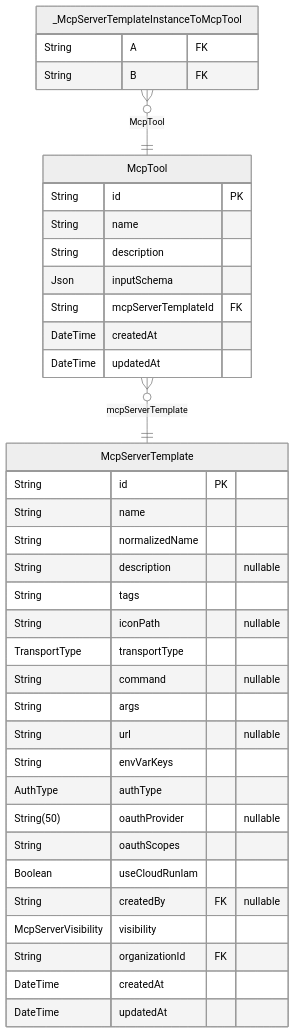
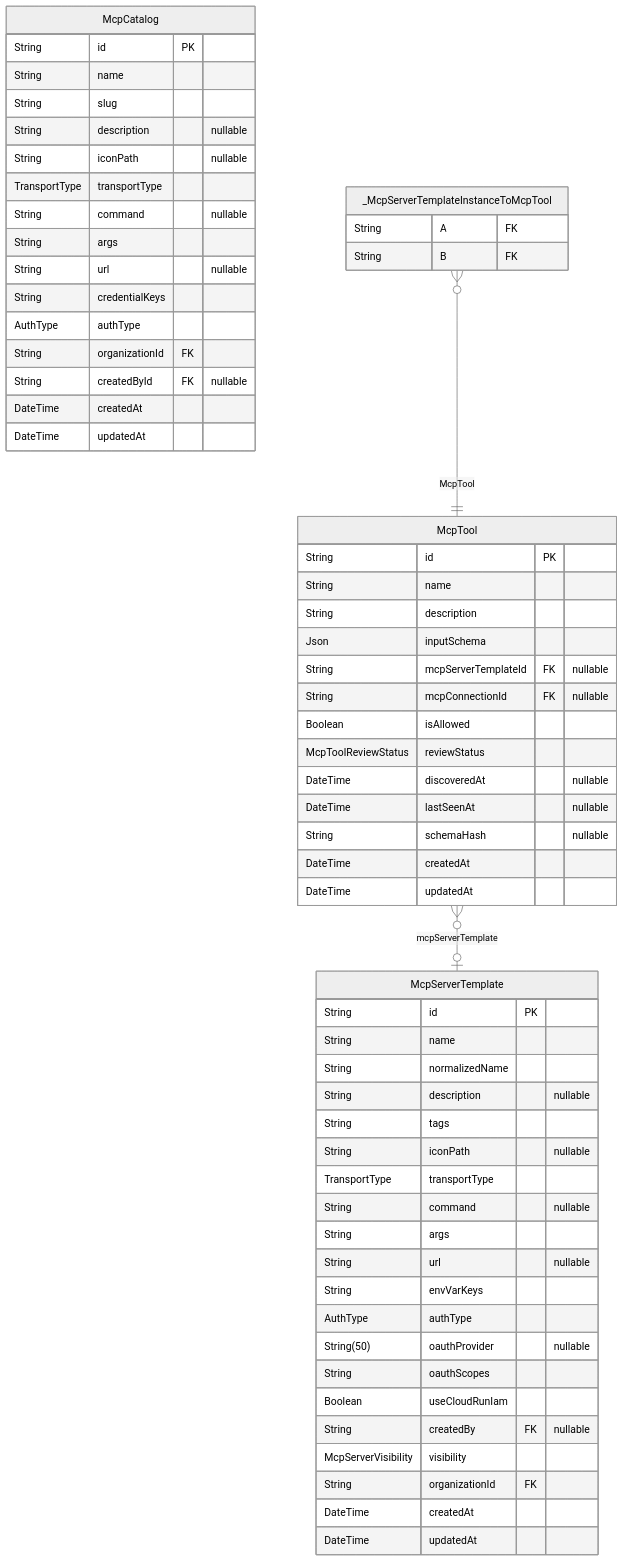
Before and after one commit to rayven122/tumiki: the fourth of 10 diagrams in packages/db/prisma/README.md, drawn with Mermaid (neutral theme). The commit also changed other lines of this file and 46 other files, not shown here.

````diff
--- a/packages/db/prisma/README.md
+++ b/packages/db/prisma/README.md
@@ -279,40 +279,63 @@
 ```mermaid
 erDiagram
+"McpCatalog" {
+  String id PK
+  String name
+  String slug
+  String description "nullable"
+  String iconPath "nullable"
+  TransportType transportType
+  String command "nullable"
+  String args
+  String url "nullable"
+  String credentialKeys
+  AuthType authType
+  String organizationId FK
+  String createdById FK "nullable"
+  DateTime createdAt
+  DateTime updatedAt
+}
 "McpServerTemplate" {
   String id PK
   String name
   String normalizedName
   String description "nullable"
   String tags
   String iconPath "nullable"
   TransportType transportType
   String command "nullable"
   String args
   String url "nullable"
   String envVarKeys
   AuthType authType
   String(50) oauthProvider "nullable"
   String oauthScopes
   Boolean useCloudRunIam
   String createdBy FK "nullable"
   McpServerVisibility visibility
   String organizationId FK
   DateTime createdAt
   DateTime updatedAt
 }
 "McpTool" {
   String id PK
   String name
   String description
   Json inputSchema
-  String mcpServerTemplateId FK
+  String mcpServerTemplateId FK "nullable"
+  String mcpConnectionId FK "nullable"
+  Boolean isAllowed
+  McpToolReviewStatus reviewStatus
+  DateTime discoveredAt "nullable"
+  DateTime lastSeenAt "nullable"
+  String schemaHash "nullable"
   DateTime createdAt
   DateTime updatedAt
 }
 "_McpServerTemplateInstanceToMcpTool" {
   String A FK
   String B FK
 }
-"McpTool" }o--|| "McpServerTemplate" : mcpServerTemplate
+"McpTool" }o--o| "McpServerTemplate" : mcpServerTemplate
 "_McpServerTemplateInstanceToMcpTool" }o--|| "McpTool" : McpTool
 ```
````
